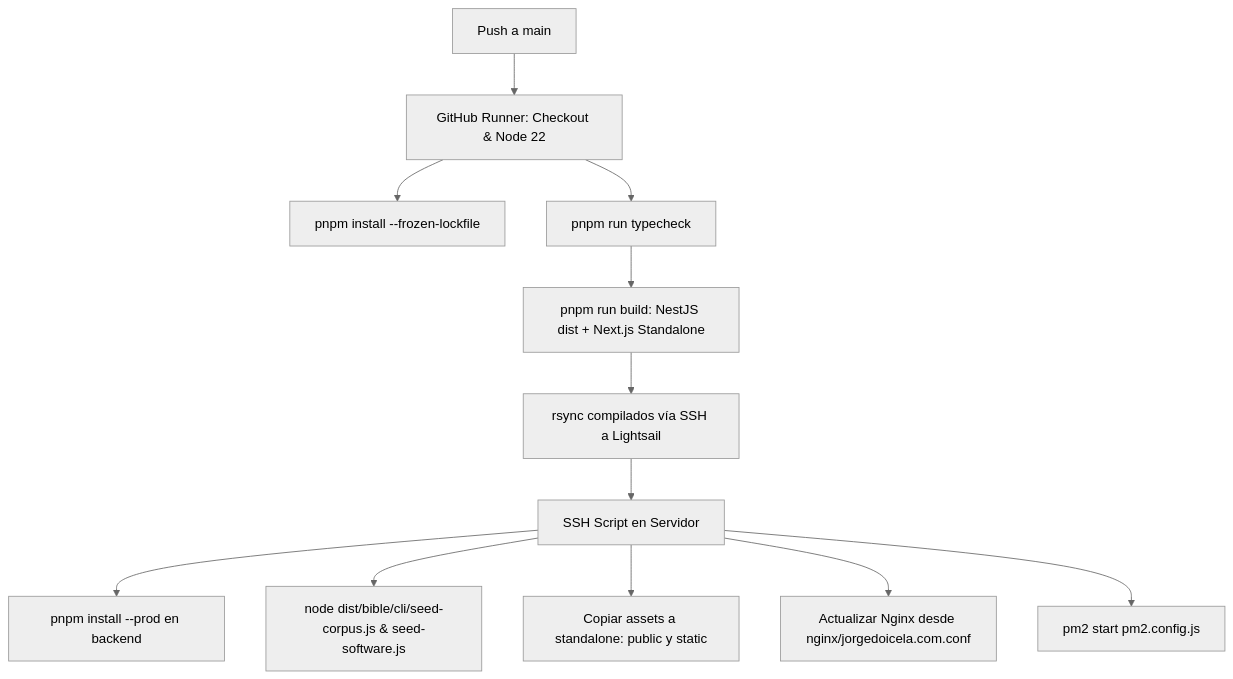
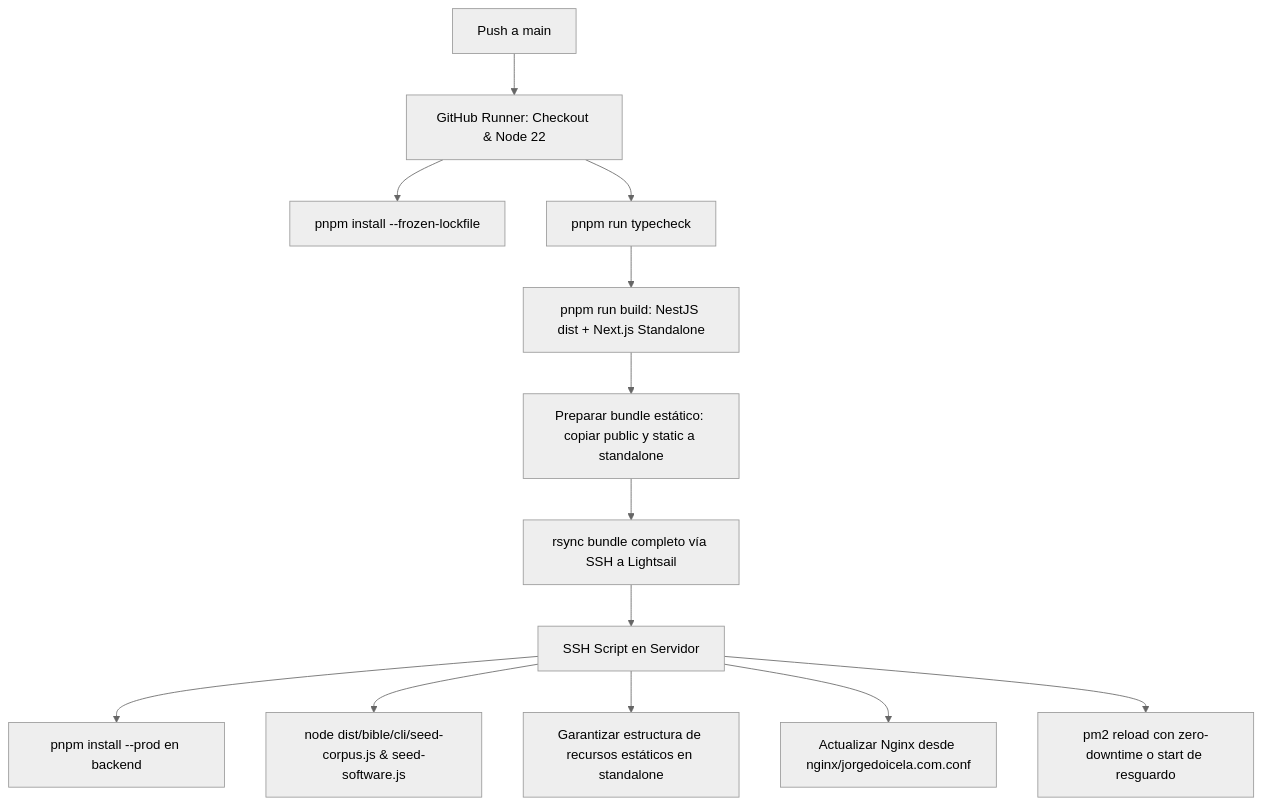
One commit to JorgeDoicela/jorge_doicela changed the diagram in docs/01-infraestructura-global/02-despliegue-y-servidor/01_despliegue_pm2_y_cicd.md. Above: the diagram before and after it, drawn with Mermaid (neutral theme). The commit also changed other lines of this file and 2 other files, not shown here.

Commit message:
ci: automatizar empaquetado standalone y recarga zero-downtime en PM2

````diff
--- a/docs/01-infraestructura-global/02-despliegue-y-servidor/01_despliegue_pm2_y_cicd.md
+++ b/docs/01-infraestructura-global/02-despliegue-y-servidor/01_despliegue_pm2_y_cicd.md
@@ -166,14 +166,15 @@
 ```mermaid
 graph TD
     A[Push a main] --> B[GitHub Runner: Checkout & Node 22]
     B --> C[pnpm install --frozen-lockfile]
     B --> D[pnpm run typecheck]
     D --> E[pnpm run build: NestJS dist + Next.js Standalone]
-    E --> F[rsync compilados vía SSH a Lightsail]
-    F --> G[SSH Script en Servidor]
-    G --> H[pnpm install --prod en backend]
-    G --> I[node dist/bible/cli/seed-corpus.js & seed-software.js]
-    G --> J[Copiar assets a standalone: public y static]
-    G --> K[Actualizar Nginx desde nginx/jorgedoicela.com.conf]
-    G --> L[pm2 start pm2.config.js]
+    E --> F[Preparar bundle estático: copiar public y static a standalone]
+    F --> G[rsync bundle completo vía SSH a Lightsail]
+    G --> H[SSH Script en Servidor]
+    H --> I[pnpm install --prod en backend]
+    H --> J[node dist/bible/cli/seed-corpus.js & seed-software.js]
+    H --> K[Garantizar estructura de recursos estáticos en standalone]
+    H --> L[Actualizar Nginx desde nginx/jorgedoicela.com.conf]
+    H --> M[pm2 reload con zero-downtime o start de resguardo]
 ```
````
